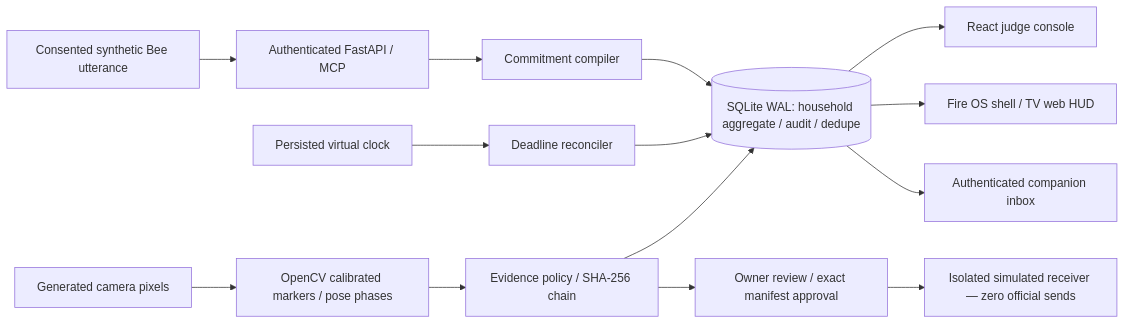
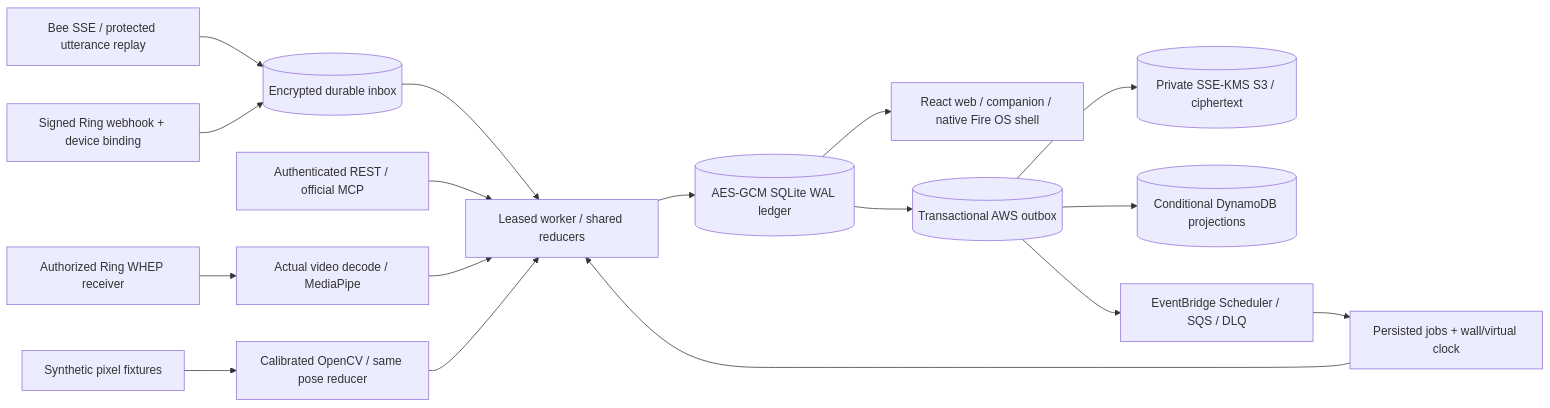
One commit to vivekyarra/Amazon changed the diagram in docs/architecture.md. Above: the diagram before and after it, drawn with Mermaid. The commit also changed other lines of this file and 40 other files, not shown here.

Commit message:
Add durable live runtime, encrypted evidence, video relay and AWS pilot

````diff
--- a/docs/architecture.md
+++ b/docs/architecture.md
@@ -3,16 +3,19 @@
 ```mermaid
 flowchart LR
-    B[Consented synthetic Bee utterance] --> API[Authenticated FastAPI / MCP]
-    API --> C[Commitment compiler]
-    C --> DB[(SQLite WAL: household aggregate / audit / dedupe)]
-    T[Persisted virtual clock] --> S[Deadline reconciler]
-    S --> DB
-    V[Generated camera pixels] --> CV[OpenCV calibrated markers / pose phases]
-    CV --> E[Evidence policy / SHA-256 chain]
-    E --> DB
-    DB --> J[React judge console]
-    DB --> TV[Fire OS shell / TV web HUD]
-    DB --> N[Authenticated companion inbox]
-    E --> H[Owner review / exact manifest approval]
-    H --> D[Isolated simulated receiver — zero official sends]
+    B[Bee SSE / protected utterance replay] --> Q[(Encrypted durable inbox)]
+    R[Signed Ring webhook + device binding] --> Q
+    Q --> W[Leased worker / shared reducers]
+    M[Authenticated REST / official MCP] --> W
+    W --> DB[(AES-GCM SQLite WAL ledger)]
+    T[Persisted jobs + wall/virtual clock] --> W
+    C[Authorized Ring WHEP receiver] --> P[Actual video decode / MediaPipe]
+    F[Synthetic pixel fixtures] --> V[Calibrated OpenCV / same pose reducer]
+    P --> W
+    V --> W
+    DB --> UI[React web / companion / native Fire OS shell]
+    DB --> O[(Transactional AWS outbox)]
+    O --> S3[(Private SSE-KMS S3 / ciphertext)]
+    O --> DDB[(Conditional DynamoDB projections)]
+    O --> SCH[EventBridge Scheduler / SQS / DLQ]
+    SCH --> T
 ```
````
